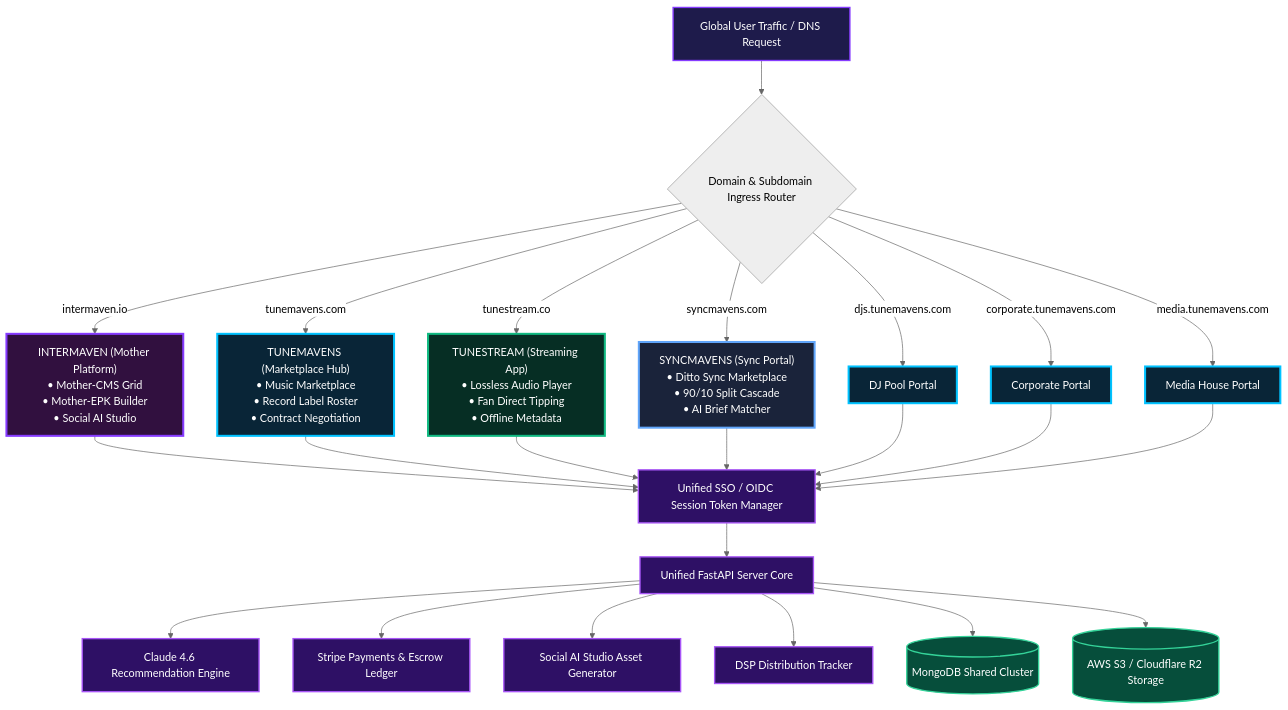
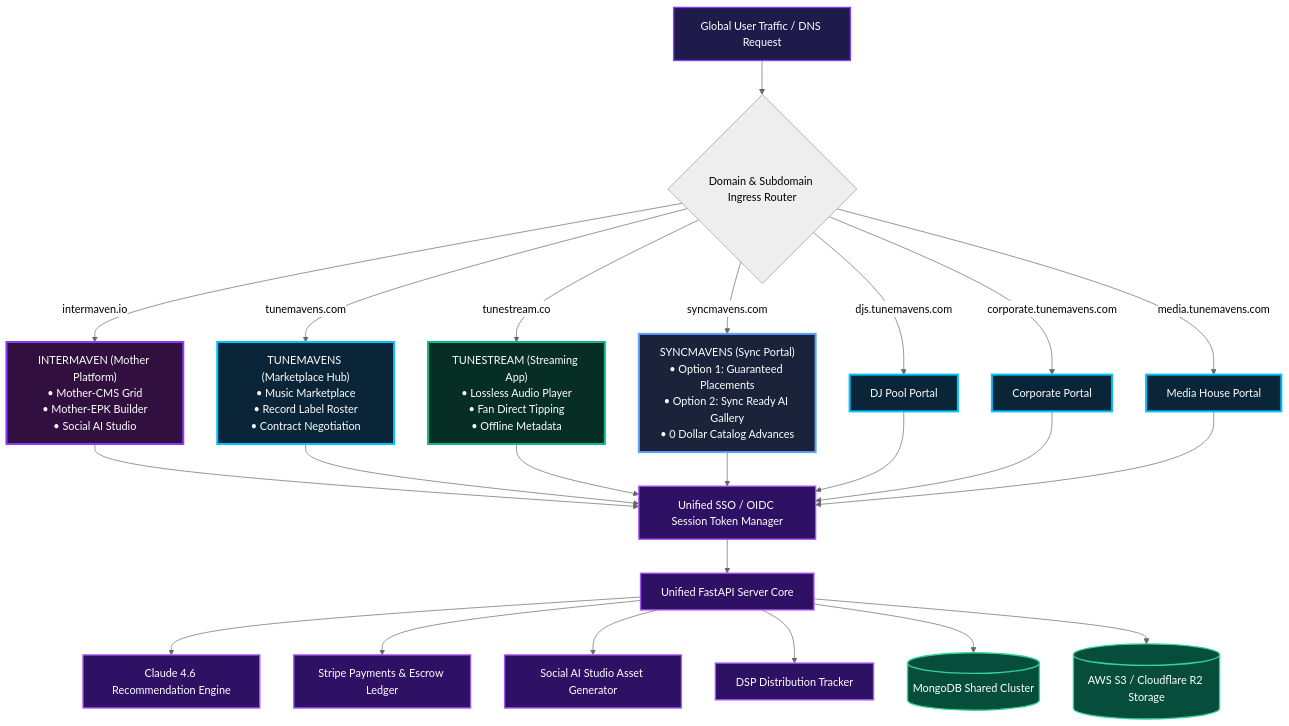
Before and after one commit to tunnel-vision-web/tunemavens: the first of 2 diagrams in docs/ECOSYSTEM_ARCHITECTURE_AND_FLOWCHART.md, drawn with Mermaid (neutral theme). The commit also changed other lines of this file and 4 other files, not shown here.

Commit message:
docs: update SyncMavens licensing model accuracy to reflect Option 1 agency placements, Option 2 AI gallery, and  advance policy across markdown and PDFs

````diff
--- a/docs/ECOSYSTEM_ARCHITECTURE_AND_FLOWCHART.md
+++ b/docs/ECOSYSTEM_ARCHITECTURE_AND_FLOWCHART.md
@@ -71,53 +71,53 @@
 ```mermaid
 flowchart TD
     %% Custom Styling Definitions using Brand Palette
     classDef ingressNode fill:#1e1b4b,stroke:#863bff,stroke-width:2px,color:#fff;
     classDef intermavenBrand fill:#31103f,stroke:#863bff,stroke-width:3px,color:#fff;
     classDef tunemavensBrand fill:#092537,stroke:#00c2ff,stroke-width:3px,color:#fff;
     classDef tunestreamBrand fill:#062e24,stroke:#10b981,stroke-width:3px,color:#fff;
     classDef syncmavensBrand fill:#1a233a,stroke:#60a5fa,stroke-width:3px,color:#fff;
     classDef coreEngine fill:#2e1065,stroke:#a855f7,stroke-width:2px,color:#fff;
     classDef dbLayer fill:#064e3b,stroke:#34d399,stroke-width:2px,color:#fff;
 
     %% Ingress Point
     GlobalUsers[Global User Traffic / DNS Request]:::ingressNode --> Router{Domain & Subdomain Ingress Router}
 
     %% Platform Ingress Routes
     Router -->|intermaven.io| IM["INTERMAVEN (Mother Platform)<br/>• Mother-CMS Grid<br/>• Mother-EPK Builder<br/>• Social AI Studio"]:::intermavenBrand
     Router -->|tunemavens.com| TM["TUNEMAVENS (Marketplace Hub)<br/>• Music Marketplace<br/>• Record Label Roster<br/>• Contract Negotiation"]:::tunemavensBrand
     Router -->|tunestream.co| TS["TUNESTREAM (Streaming App)<br/>• Lossless Audio Player<br/>• Fan Direct Tipping<br/>• Offline Metadata"]:::tunestreamBrand
-    Router -->|syncmavens.com| SM["SYNCMAVENS (Sync Portal)<br/>• Ditto Sync Marketplace<br/>• 90/10 Split Cascade<br/>• AI Brief Matcher"]:::syncmavensBrand
+    Router -->|syncmavens.com| SM["SYNCMAVENS (Sync Portal)<br/>• Option 1: Guaranteed Placements<br/>• Option 2: Sync Ready AI Gallery<br/>• 0 Dollar Catalog Advances"]:::syncmavensBrand
 
     %% Role Subdomain Ingress
     Router -->|djs.tunemavens.com| DJSub["DJ Pool Portal"]:::tunemavensBrand
     Router -->|corporate.tunemavens.com| CorpSub["Corporate Portal"]:::tunemavensBrand
     Router -->|media.tunemavens.com| MediaSub["Media House Portal"]:::tunemavensBrand
 
     %% Interconnection to Unified Core
     IM --> AuthGate[Unified SSO / OIDC Session Token Manager]:::coreEngine
     TM --> AuthGate
     TS --> AuthGate
     SM --> AuthGate
     DJSub --> AuthGate
     CorpSub --> AuthGate
     MediaSub --> AuthGate
 
     %% Unified Core Backend Services
     AuthGate --> FastAPI[Unified FastAPI Server Core]:::coreEngine
     FastAPI --> AIRecommendation[Claude 4.6 Recommendation Engine]:::coreEngine
     FastAPI --> StripeEngine[Stripe Payments & Escrow Ledger]:::coreEngine
     FastAPI --> SocialAIEngine[Social AI Studio Asset Generator]:::coreEngine
     FastAPI --> DistroTracker[DSP Distribution Tracker]:::coreEngine
 
     %% Database & Asset Storage
     FastAPI --> MongoCluster[(MongoDB Shared Cluster)]:::dbLayer
     FastAPI --> S3Storage[(AWS S3 / Cloudflare R2 Storage)]:::dbLayer
 
     class GlobalUsers ingressNode;
     class IM intermavenBrand;
     class TM,DJSub,CorpSub,MediaSub tunemavensBrand;
     class TS tunestreamBrand;
     class SM syncmavensBrand;
     class AuthGate,FastAPI,AIRecommendation,StripeEngine,SocialAIEngine,DistroTracker coreEngine;
     class MongoCluster,S3Storage dbLayer;
 ```
````
